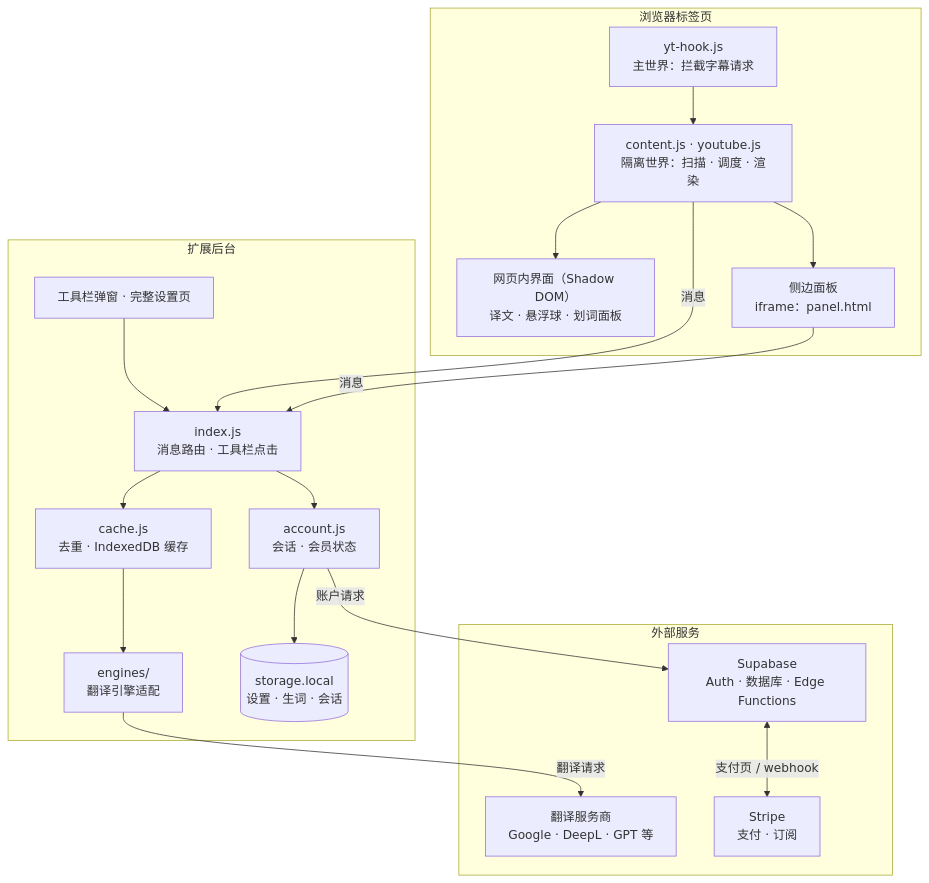
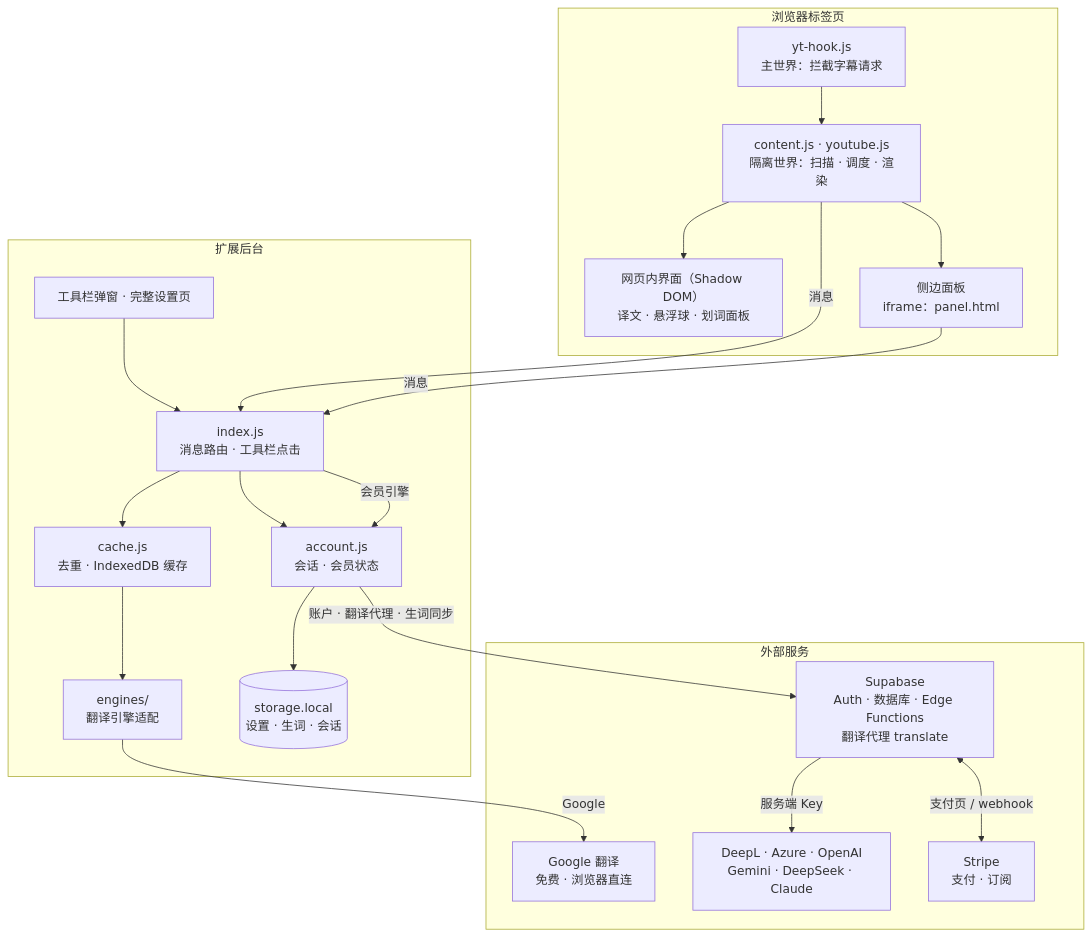
One commit to pandatalk8/glimmer changed the first of 12 diagrams in docs/architecture.md. Above: the diagram before and after it, drawn with Mermaid. The commit also changed other lines of this file and 37 other files, not shown here.

````diff
--- a/docs/architecture.md
+++ b/docs/architecture.md
@@ -43,36 +43,39 @@
 ```mermaid
 flowchart TB
   subgraph TAB["浏览器标签页"]
     HOOK["yt-hook.js<br/>主世界：拦截字幕请求"]
     CS["content.js · youtube.js<br/>隔离世界：扫描 · 调度 · 渲染"]
     UI["网页内界面（Shadow DOM）<br/>译文 · 悬浮球 · 划词面板"]
     DRAWER["侧边面板<br/>iframe：panel.html"]
     HOOK --> CS
     CS --> UI
     CS --> DRAWER
   end
 
   subgraph BG["扩展后台"]
     PAGES["工具栏弹窗 · 完整设置页"]
     ROUTER["index.js<br/>消息路由 · 工具栏点击"]
     CACHE["cache.js<br/>去重 · IndexedDB 缓存"]
     ENG["engines/<br/>翻译引擎适配"]
     ACC["account.js<br/>会话 · 会员状态"]
     STORE[("storage.local<br/>设置 · 生词 · 会话")]
     PAGES --> ROUTER
     ROUTER --> CACHE --> ENG
     ROUTER --> ACC --> STORE
   end
 
   subgraph CLOUD["外部服务"]
-    MT["翻译服务商<br/>Google · DeepL · GPT 等"]
-    SUPA["Supabase<br/>Auth · 数据库 · Edge Functions"]
+    GT["Google 翻译<br/>免费 · 浏览器直连"]
+    SUPA["Supabase<br/>Auth · 数据库 · Edge Functions<br/>翻译代理 translate"]
+    PRO["DeepL · Azure · OpenAI<br/>Gemini · DeepSeek · Claude"]
     STRIPE["Stripe<br/>支付 · 订阅"]
     SUPA <-- "支付页 / webhook" --> STRIPE
+    SUPA -- "服务端 Key" --> PRO
   end
 
   CS -- "消息" --> ROUTER
   DRAWER -- "消息" --> ROUTER
-  ENG -- "翻译请求" --> MT
-  ACC -- "账户请求" --> SUPA
+  ENG -- "Google" --> GT
+  ROUTER -- "会员引擎" --> ACC
+  ACC -- "账户 · 翻译代理 · 生词同步" --> SUPA
 ```
````
